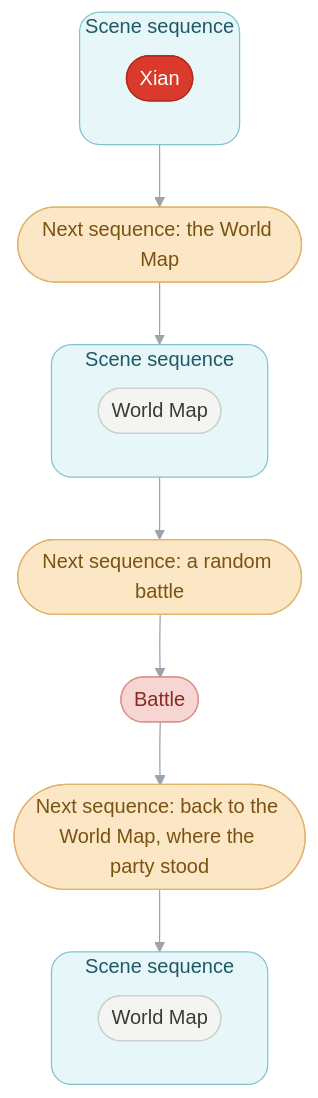
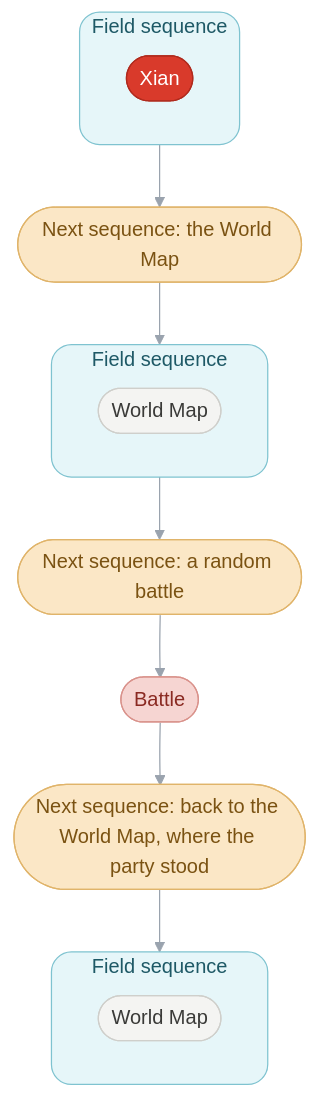
The fourth of 9 diagrams in games/tbs/README.md (PascalPixel/alchemy), drawn with Mermaid before and after one commit. The commit also changed other lines of this file and 72 other files, not shown here.

First line of the commit message:
FieldSequence_Run: the field sequence, from the credits' Field division

````diff
--- a/games/tbs/README.md
+++ b/games/tbs/README.md
@@ -139,32 +139,32 @@
 ```mermaid
 %%{init: {"theme": "base", "themeVariables": {"lineColor": "#9AA3AE", "edgeLabelBackground": "#FFFFFF"}, "flowchart": {"curve": "basis", "padding": 12}}}%%
 flowchart TD
-  subgraph s1 ["Scene sequence"]
+  subgraph s1 ["Field sequence"]
     xian(["Xian"])
   end
   s1 --> ask1(["Next sequence: the World Map"])
   ask1 --> s2
-  subgraph s2 ["Scene sequence"]
+  subgraph s2 ["Field sequence"]
     world(["World Map"])
   end
   s2 --> ask2(["Next sequence: a random battle"])
   ask2 --> battle(["Battle"]) --> ask3(["Next sequence: back to the World Map, where the party stood"])
   ask3 --> s3
-  subgraph s3 ["Scene sequence"]
+  subgraph s3 ["Field sequence"]
     again(["World Map"])
   end
   classDef sequenceParent fill:#DDE3EC,stroke:#8FA0B8,color:#2E3C50
-  classDef sceneSequence fill:#D2EEF3,stroke:#7FC3D0,color:#1E5966
+  classDef fieldSequence fill:#D2EEF3,stroke:#7FC3D0,color:#1E5966
   classDef battle fill:#F6D5D2,stroke:#D9928B,color:#8A2A22
   classDef sceneLoop fill:#D3EBD9,stroke:#8DC49E,color:#25603A
   classDef request fill:#FBE7C6,stroke:#E0B46A,color:#7A5212
   classDef place fill:#D93A2B,stroke:#B02A1D,color:#FFFFFF
   classDef step fill:#F4F4F2,stroke:#CFCFCB,color:#3A3A38
   class xian place
   class world,again step
   class ask1,ask2,ask3 request
   class battle battle
   style s1 fill:#E6F6F9,stroke:#7FC3D0,color:#1E5966,rx:16,ry:16
   style s2 fill:#E6F6F9,stroke:#7FC3D0,color:#1E5966,rx:16,ry:16
   style s3 fill:#E6F6F9,stroke:#7FC3D0,color:#1E5966,rx:16,ry:16
 ```
````
